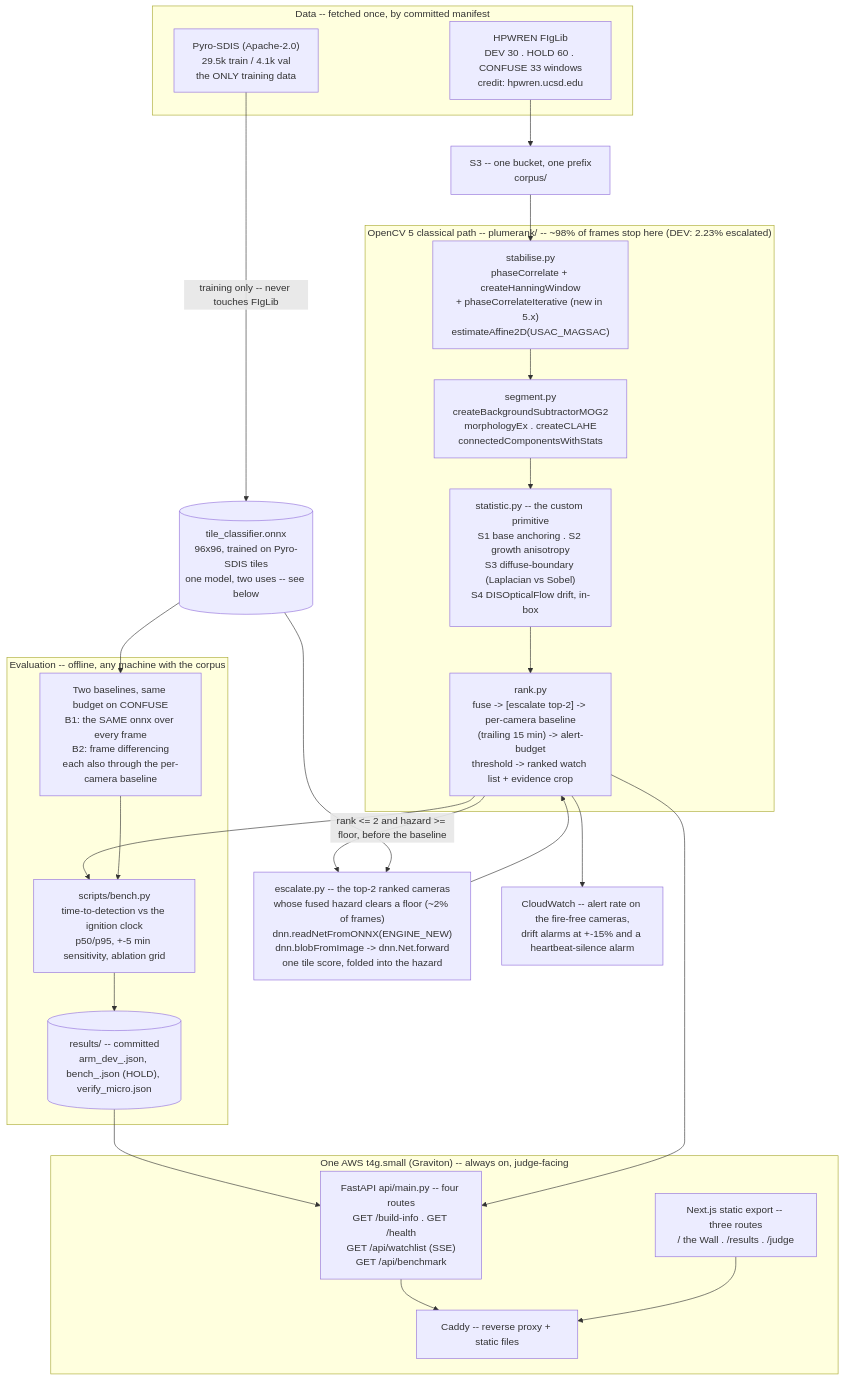
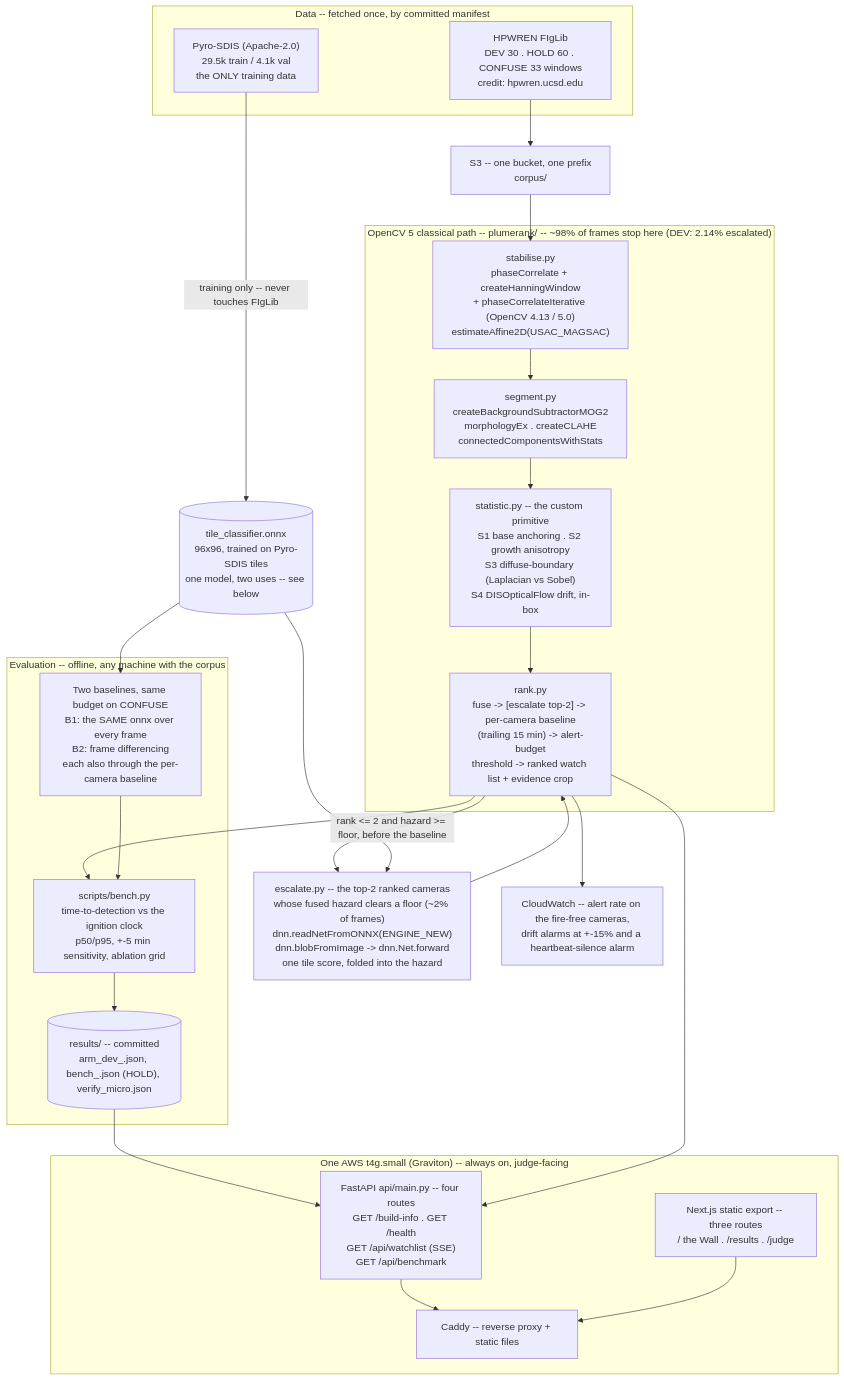
One commit to attilayener/plumerank changed the diagram in ARCHITECTURE.md. Above: the diagram before and after it, drawn with Mermaid. The commit also changed 4 other files, not shown here.

````diff
--- a/ARCHITECTURE.md
+++ b/ARCHITECTURE.md
@@ -6,46 +6,46 @@
 ```mermaid
 flowchart TB
     subgraph SRC["Data -- fetched once, by committed manifest"]
         FIG["HPWREN FIgLib<br/>DEV 30 . HOLD 60 . CONFUSE 33 windows<br/>credit: hpwren.ucsd.edu"]
         PYR["Pyro-SDIS (Apache-2.0)<br/>29.5k train / 4.1k val<br/>the ONLY training data"]
     end
 
     S3B["S3 -- one bucket, one prefix<br/>corpus/"]
 
-    subgraph CV["OpenCV 5 classical path -- plumerank/ -- ~98% of frames stop here (DEV: 2.23% escalated)"]
-        STAB["stabilise.py<br/>phaseCorrelate + createHanningWindow<br/>+ phaseCorrelateIterative (new in 5.x)<br/>estimateAffine2D(USAC_MAGSAC)"]
+    subgraph CV["OpenCV 5 classical path -- plumerank/ -- ~98% of frames stop here (DEV: 2.14% escalated)"]
+        STAB["stabilise.py<br/>phaseCorrelate + createHanningWindow<br/>+ phaseCorrelateIterative (OpenCV 4.13 / 5.0)<br/>estimateAffine2D(USAC_MAGSAC)"]
         SEG["segment.py<br/>createBackgroundSubtractorMOG2<br/>morphologyEx . createCLAHE<br/>connectedComponentsWithStats"]
         STAT["statistic.py -- the custom primitive<br/>S1 base anchoring . S2 growth anisotropy<br/>S3 diffuse-boundary (Laplacian vs Sobel)<br/>S4 DISOpticalFlow drift, in-box"]
         RANK["rank.py<br/>fuse -> [escalate top-2] -> per-camera baseline<br/>(trailing 15 min) -> alert-budget<br/>threshold -> ranked watch list + evidence crop"]
     end
 
     ESC["escalate.py -- the top-2 ranked cameras<br/>whose fused hazard clears a floor (~2% of frames)<br/>dnn.readNetFromONNX(ENGINE_NEW)<br/>dnn.blobFromImage -> dnn.Net.forward<br/>one tile score, folded into the hazard"]
 
     ONNX[("tile_classifier.onnx<br/>96x96, trained on Pyro-SDIS tiles<br/>one model, two uses -- see below")]
 
     subgraph EVAL["Evaluation -- offline, any machine with the corpus"]
         BENCH["scripts/bench.py<br/>time-to-detection vs the ignition clock<br/>p50/p95, +-5 min sensitivity, ablation grid"]
         BASE["Two baselines, same budget on CONFUSE<br/>B1: the SAME onnx over every frame<br/>B2: frame differencing<br/>each also through the per-camera baseline"]
         RES[("results/ -- committed<br/>arm_dev_<date>.json, bench_<date>.json (HOLD), verify_micro.json")]
     end
 
     subgraph BOX["One AWS t4g.small (Graviton) -- always on, judge-facing"]
         API["FastAPI api/main.py -- four routes<br/>GET /build-info . GET /health<br/>GET /api/watchlist (SSE)<br/>GET /api/benchmark"]
         WEB["Next.js static export -- three routes<br/>/ the Wall . /results . /judge"]
         CADDY["Caddy -- reverse proxy + static files"]
     end
 
     CW["CloudWatch -- alert rate on the fire-free cameras,<br/>drift alarms at +-15% and a heartbeat-silence alarm"]
 
     FIG --> S3B --> STAB --> SEG --> STAT --> RANK
     RANK -->|"rank <= 2 and hazard >= floor, before the baseline"| ESC --> RANK
     ONNX --> ESC
     ONNX --> BASE
     PYR -->|"training only -- never touches FIgLib"| ONNX
     RANK --> BENCH
     BASE --> BENCH --> RES --> API
     RANK --> API
     API --> CADDY
     WEB --> CADDY
     RANK --> CW
 ```
````
